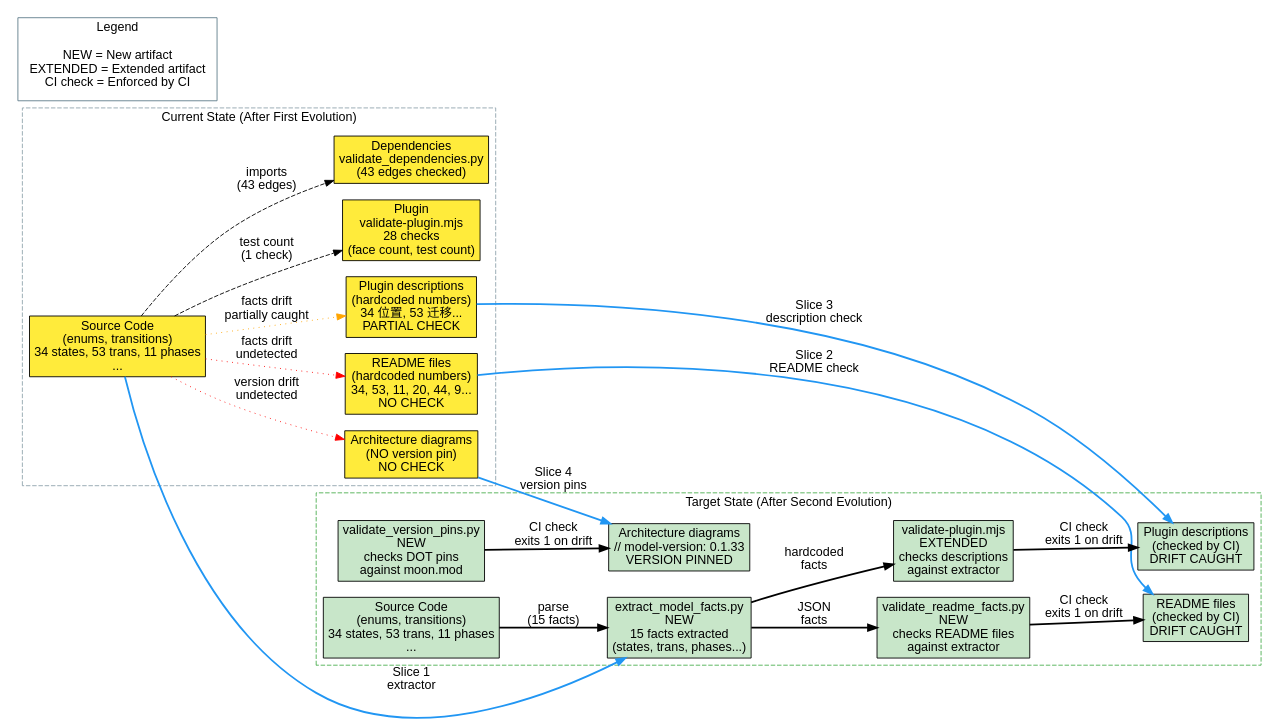
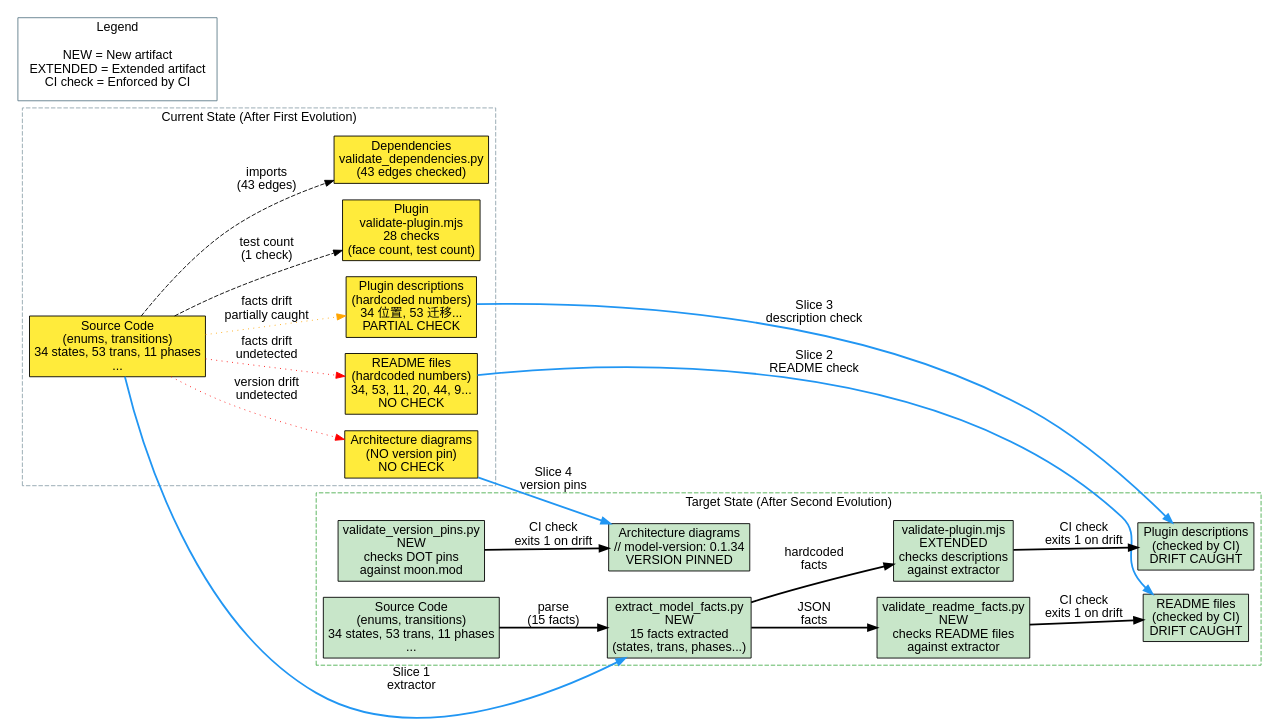
Before and after one commit to riantr/pyroduct: the diagram in architecture/architecture-evolution-v2.dot, drawn with Graphviz. The commit also changed 38 other files, not shown here.

```diff
--- a/architecture/architecture-evolution-v2.dot
+++ b/architecture/architecture-evolution-v2.dot
@@ -1,74 +1,74 @@
 // Model Fact Registry Evolution — Current vs Target State
 // Generated: 2026-10-11
 
-// model-version: 0.1.33
+// model-version: 0.1.34
 digraph EvolutionV2 {
   rankdir=LR;
   fontname="Arial";
   node [fontname="Arial", style=filled, fillcolor="#E3F2FD", shape=box];
   edge [fontname="Arial"];
   
   subgraph cluster_current {
     label="Current State (After First Evolution)";
     style=dashed;
     color="#90A4AE";
     fontname="Arial";
     
     node [fillcolor="#FFEB3B"];
     
     current_source [label="Source Code\n(enums, transitions)\n34 states, 53 trans, 11 phases\n..."];
     current_plugin [label="Plugin\nvalidate-plugin.mjs\n28 checks\n(face count, test count)"];
     current_deps [label="Dependencies\nvalidate_dependencies.py\n(43 edges checked)"];
     current_readme [label="README files\n(hardcoded numbers)\n34, 53, 11, 20, 44, 9...\nNO CHECK"];
     current_desc [label="Plugin descriptions\n(hardcoded numbers)\n34 位置, 53 迁移...\nPARTIAL CHECK"];
     current_diagrams [label="Architecture diagrams\n(NO version pin)\nNO CHECK"];
     
     current_source -> current_plugin [label="test count\n(1 check)", style=dashed];
     current_source -> current_deps [label="imports\n(43 edges)", style=dashed];
     current_source -> current_readme [label="facts drift\nundetected", style=dotted, color=red];
     current_source -> current_desc [label="facts drift\npartially caught", style=dotted, color=orange];
     current_source -> current_diagrams [label="version drift\nundetected", style=dotted, color=red];
   }
   
   subgraph cluster_target {
     label="Target State (After Second Evolution)";
     style=dashed;
     color="#4CAF50";
     fontname="Arial";
     
     node [fillcolor="#C8E6C9"];
     
     target_source [label="Source Code\n(enums, transitions)\n34 states, 53 trans, 11 phases\n..."];
     target_extractor [label="extract_model_facts.py\nNEW\n15 facts extracted\n(states, trans, phases...)"];
     target_readme_check [label="validate_readme_facts.py\nNEW\nchecks README files\nagainst extractor"];
     target_plugin_check [label="validate-plugin.mjs\nEXTENDED\nchecks descriptions\nagainst extractor"];
     target_version_check [label="validate_version_pins.py\nNEW\nchecks DOT pins\nagainst moon.mod"];
     target_readme [label="README files\n(checked by CI)\nDRIFT CAUGHT"];
     target_desc [label="Plugin descriptions\n(checked by CI)\nDRIFT CAUGHT"];
-    target_diagrams [label="Architecture diagrams\n// model-version: 0.1.33\nVERSION PINNED"];
+    target_diagrams [label="Architecture diagrams\n// model-version: 0.1.34\nVERSION PINNED"];
     
     target_source -> target_extractor [label="parse\n(15 facts)", style=bold];
     target_extractor -> target_readme_check [label="JSON\nfacts", style=bold];
     target_extractor -> target_plugin_check [label="hardcoded\nfacts", style=bold];
     target_readme_check -> target_readme [label="CI check\nexits 1 on drift", style=bold];
     target_plugin_check -> target_desc [label="CI check\nexits 1 on drift", style=bold];
     target_version_check -> target_diagrams [label="CI check\nexits 1 on drift", style=bold];
   }
   
   // Evolution arrows
   current_readme -> target_readme [label="Slice 2\nREADME check", style=bold, color="#2196F3"];
   current_desc -> target_desc [label="Slice 3\ndescription check", style=bold, color="#2196F3"];
   current_diagrams -> target_diagrams [label="Slice 4\nversion pins", style=bold, color="#2196F3"];
   current_source -> target_extractor [label="Slice 1\nextractor", style=bold, color="#2196F3"];
   
   // Legend
   subgraph cluster_legend {
     label="Legend";
     style=solid;
     color="#607D8B";
     fontname="Arial";
     node [shape=plaintext, fillcolor=white];
     
     legend_new [label="NEW = New artifact\nEXTENDED = Extended artifact\nCI check = Enforced by CI"];
   }
 }
```
